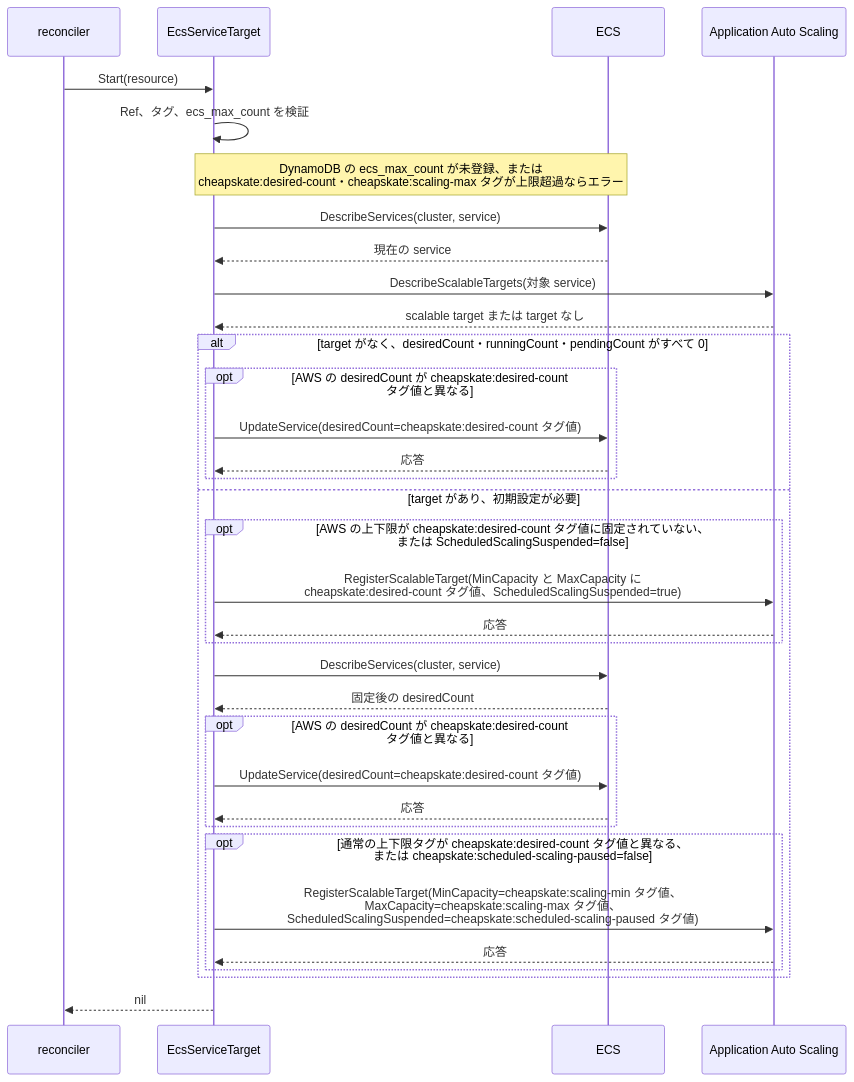
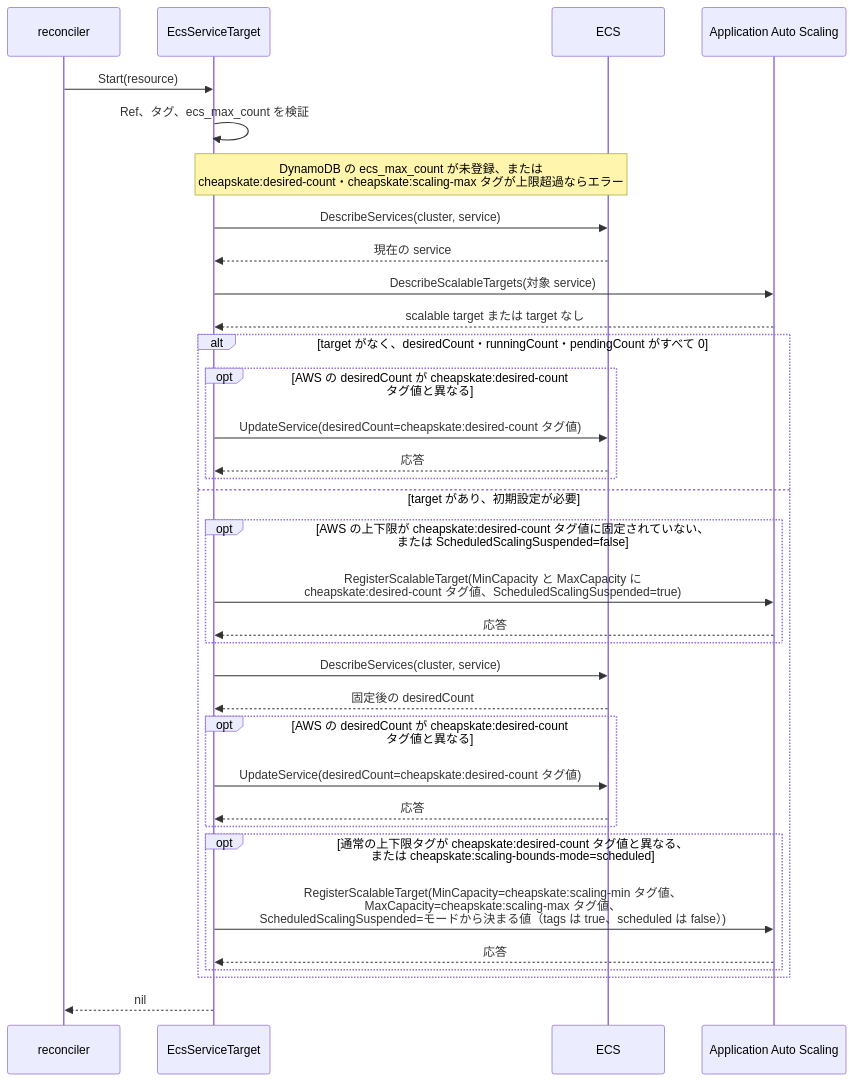
The seventh of 9 diagrams in docs/ja/development/resource_sequence.md (moepig/cheapskate), drawn with Mermaid before and after one commit. The commit also changed other lines of this file and 22 other files, not shown here.

Commit message:
Clarify ECS scaling bounds management modes

````diff
--- a/docs/ja/development/resource_sequence.md
+++ b/docs/ja/development/resource_sequence.md
@@ -258,36 +260,36 @@
 ```mermaid
 sequenceDiagram
     participant Reconciler as reconciler
     participant Adapter as EcsServiceTarget
     participant EcsAPI as ECS
     participant AutoScaling as Application Auto Scaling
     Reconciler->>Adapter: Start(resource)
     Adapter->>Adapter: Ref、タグ、ecs_max_count を検証
     Note over Adapter,EcsAPI: DynamoDB の ecs_max_count が未登録、または<br/>cheapskate:desired-count・cheapskate:scaling-max タグが上限超過ならエラー
     Adapter->>EcsAPI: DescribeServices(cluster, service)
     EcsAPI-->>Adapter: 現在の service
     Adapter->>AutoScaling: DescribeScalableTargets(対象 service)
     AutoScaling-->>Adapter: scalable target または target なし
     alt target がなく、desiredCount・runningCount・pendingCount がすべて 0
         opt AWS の desiredCount が cheapskate:desired-count タグ値と異なる
             Adapter->>EcsAPI: UpdateService(desiredCount=cheapskate:desired-count タグ値)
             EcsAPI-->>Adapter: 応答
         end
     else target があり、初期設定が必要
         opt AWS の上下限が cheapskate:desired-count タグ値に固定されていない、<br/>または ScheduledScalingSuspended=false
             Adapter->>AutoScaling: RegisterScalableTarget(MinCapacity と MaxCapacity に<br/>cheapskate:desired-count タグ値、ScheduledScalingSuspended=true)
             AutoScaling-->>Adapter: 応答
         end
         Adapter->>EcsAPI: DescribeServices(cluster, service)
         EcsAPI-->>Adapter: 固定後の desiredCount
         opt AWS の desiredCount が cheapskate:desired-count タグ値と異なる
             Adapter->>EcsAPI: UpdateService(desiredCount=cheapskate:desired-count タグ値)
             EcsAPI-->>Adapter: 応答
         end
-        opt 通常の上下限タグが cheapskate:desired-count タグ値と異なる、<br/>または cheapskate:scheduled-scaling-paused=false
-            Adapter->>AutoScaling: RegisterScalableTarget(MinCapacity=cheapskate:scaling-min タグ値、<br/>MaxCapacity=cheapskate:scaling-max タグ値、<br/>ScheduledScalingSuspended=cheapskate:scheduled-scaling-paused タグ値)
+        opt 通常の上下限タグが cheapskate:desired-count タグ値と異なる、<br/>または cheapskate:scaling-bounds-mode=scheduled
+            Adapter->>AutoScaling: RegisterScalableTarget(MinCapacity=cheapskate:scaling-min タグ値、<br/>MaxCapacity=cheapskate:scaling-max タグ値、<br/>ScheduledScalingSuspended=モードから決まる値（tags は true、scheduled は false）)
             AutoScaling-->>Adapter: 応答
         end
     end
     Adapter-->>Reconciler: nil
 ```
````
